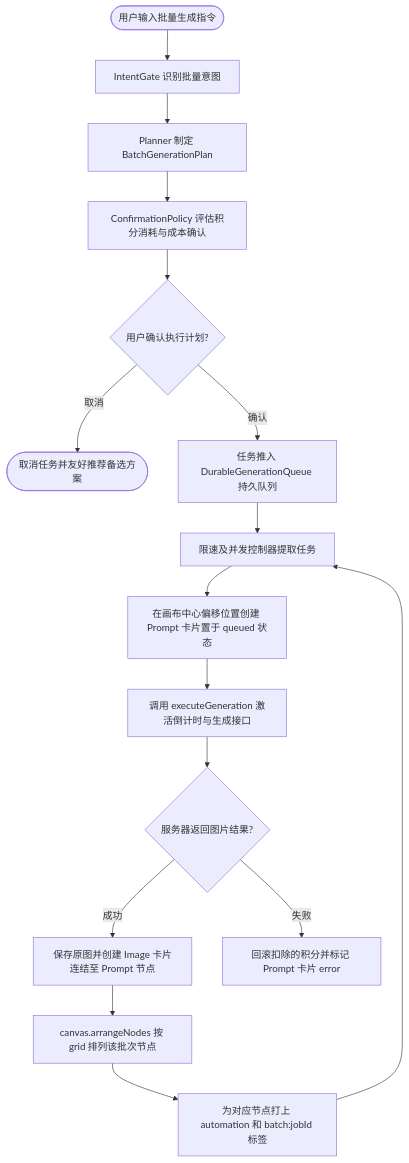
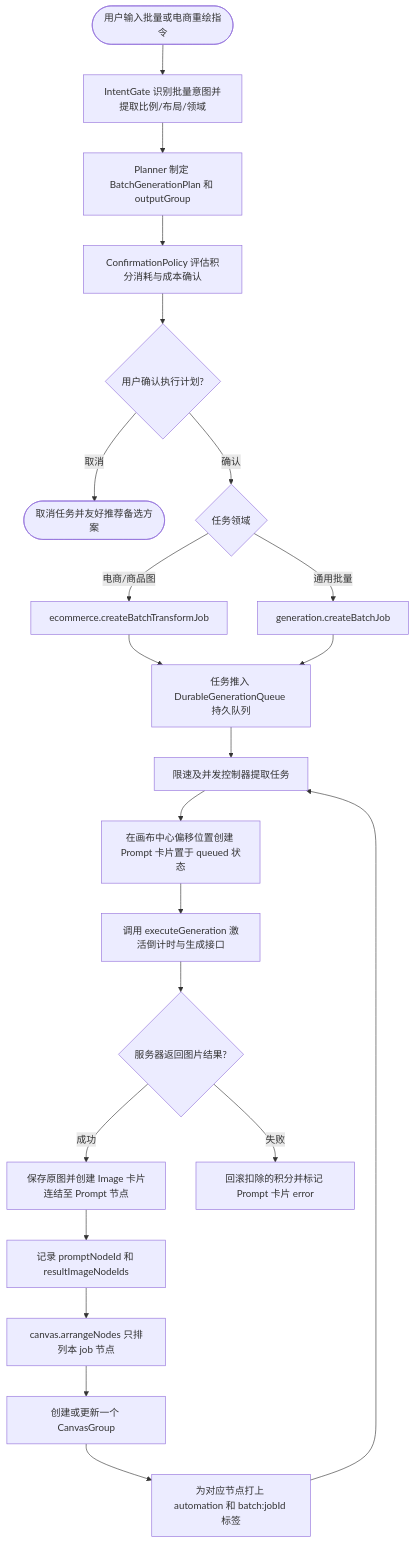
Before and after one commit to soudbs180-creator/KK-Studio-1.0.0: the fifth of 5 diagrams in docs/ai-assistant/flow-map.md, drawn with Mermaid. The commit also changed other lines of this file and 109 other files, not shown here.

Commit message:
feat: integrate favorites system, secure user API secret transport, update AI assistant runtime queue, and pass verification

````diff
--- a/docs/ai-assistant/flow-map.md
+++ b/docs/ai-assistant/flow-map.md
@@ -49,18 +123,24 @@
 ```mermaid
 graph TD
-    User([用户输入批量生成指令]) --> IntentGate[IntentGate 识别批量意图]
-    IntentGate --> Planner[Planner 制定 BatchGenerationPlan]
+    User([用户输入批量或电商重绘指令]) --> IntentGate[IntentGate 识别批量意图并提取比例/布局/领域]
+    IntentGate --> Planner[Planner 制定 BatchGenerationPlan 和 outputGroup]
     Planner --> CostCheck[ConfirmationPolicy 评估积分消耗与成本确认]
     CostCheck --> UserConfirm{用户确认执行计划?}
     UserConfirm -- 取消 --> Cancel([取消任务并友好推荐备选方案])
-    UserConfirm -- 确认 --> Queue[任务推入 DurableGenerationQueue 持久队列]
+    UserConfirm -- 确认 --> Tool{任务领域}
+    Tool -- 电商/商品图 --> EcommerceTool[ecommerce.createBatchTransformJob]
+    Tool -- 通用批量 --> BatchTool[generation.createBatchJob]
+    EcommerceTool --> Queue[任务推入 DurableGenerationQueue 持久队列]
+    BatchTool --> Queue
     Queue --> Loop[限速及并发控制器提取任务]
     Loop --> CreateCard[在画布中心偏移位置创建 Prompt 卡片置于 queued 状态]
     CreateCard --> ExecuteGen[调用 executeGeneration 激活倒计时与生成接口]
     ExecuteGen --> Response{服务器返回图片结果?}
     Response -- 成功 --> AddImageNode[保存原图并创建 Image 卡片连结至 Prompt 节点]
     Response -- 失败 --> Refund[回滚扣除的积分并标记 Prompt 卡片 error]
-    AddImageNode --> AutoArrange[canvas.arrangeNodes 按 grid 排列该批次节点]
-    AutoArrange --> TagNode[为对应节点打上 automation 和 batch:jobId 标签]
+    AddImageNode --> RecordNodes[记录 promptNodeId 和 resultImageNodeIds]
+    RecordNodes --> AutoArrange[canvas.arrangeNodes 只排列本 job 节点]
+    AutoArrange --> GroupNodes[创建或更新一个 CanvasGroup]
+    GroupNodes --> TagNode[为对应节点打上 automation 和 batch:jobId 标签]
     TagNode --> Loop
 ```
````
